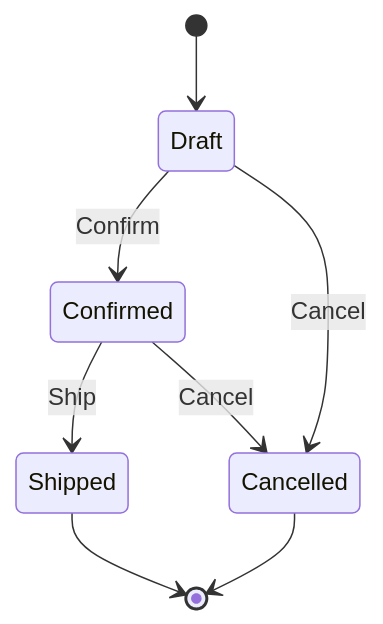
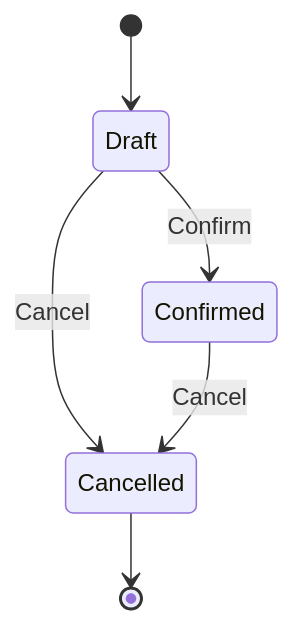
Before and after one commit to 135yshr/documents: the second of 2 diagrams in books/go-service-design/testing-strategy.md, drawn with Mermaid. The commit also changed other lines of this file and 10 other files, not shown here.

````diff
--- a/books/go-service-design/testing-strategy.md
+++ b/books/go-service-design/testing-strategy.md
@@ -252,10 +223,8 @@
 ```mermaid
 stateDiagram-v2
     [*] --> Draft
     Draft --> Confirmed: Confirm
     Draft --> Cancelled: Cancel
-    Confirmed --> Shipped: Ship
     Confirmed --> Cancelled: Cancel
-    Shipped --> [*]
     Cancelled --> [*]
 ```
````
